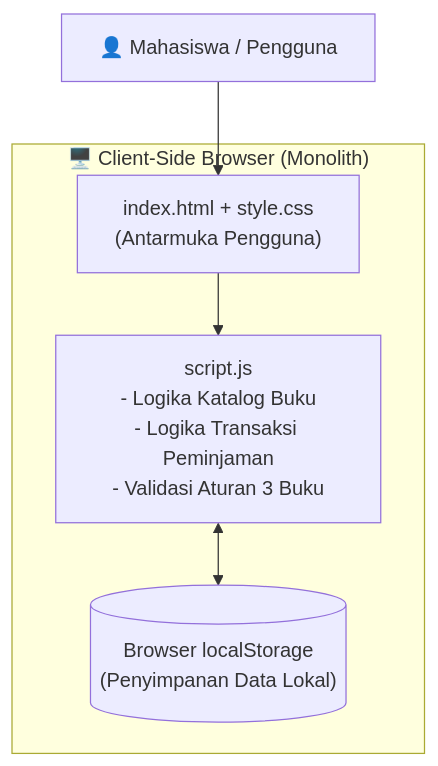
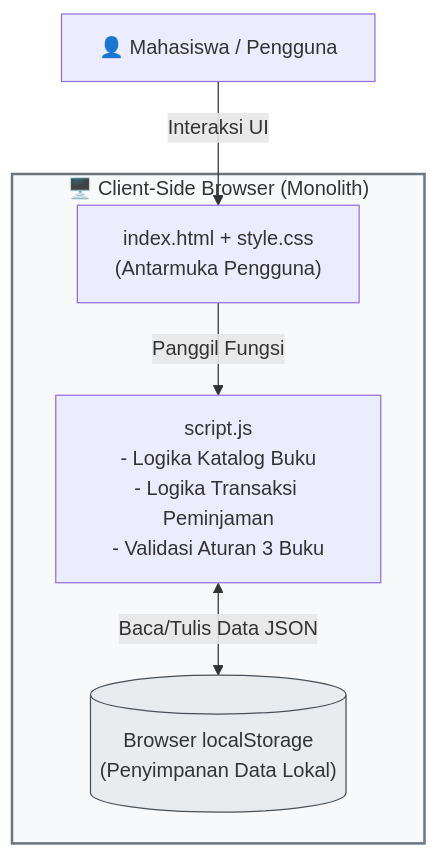
One commit to BAIWAN-EPEP/VIBE-CODING-PRAK-2 changed the first of 4 diagrams in ARCHITECTURE.md. Above: the diagram before and after it, drawn with Mermaid. The commit also changed other lines of this file and 1 other file, not shown here.

Commit message:
revert: kembalikan format diagram mermaid murni dan perbaiki syntax error baris 30

````diff
--- a/ARCHITECTURE.md
+++ b/ARCHITECTURE.md
@@ -17,14 +12,17 @@
 ```mermaid
 graph TD
     User["👤 Mahasiswa / Pengguna"]
     
     subgraph Browser ["🖥️ Client-Side Browser (Monolith)"]
         UI["index.html + style.css<br/>(Antarmuka Pengguna)"]
         Logic["script.js<br/>- Logika Katalog Buku<br/>- Logika Transaksi Peminjaman<br/>- Validasi Aturan 3 Buku"]
         Storage[("Browser localStorage<br/>(Penyimpanan Data Lokal)")]
     end
     
-    User --> UI
-    UI --> Logic
-    Logic <--> Storage
+    User -->|Interaksi UI| UI
+    UI -->|Panggil Fungsi| Logic
+    Logic <-->|Baca/Tulis Data JSON| Storage
+
+    style Browser fill:#f8f9fa,stroke:#6c757d,stroke-width:2px;
+    style Storage fill:#e9ecef,stroke:#495057,stroke-width:1px;
 ```
````
